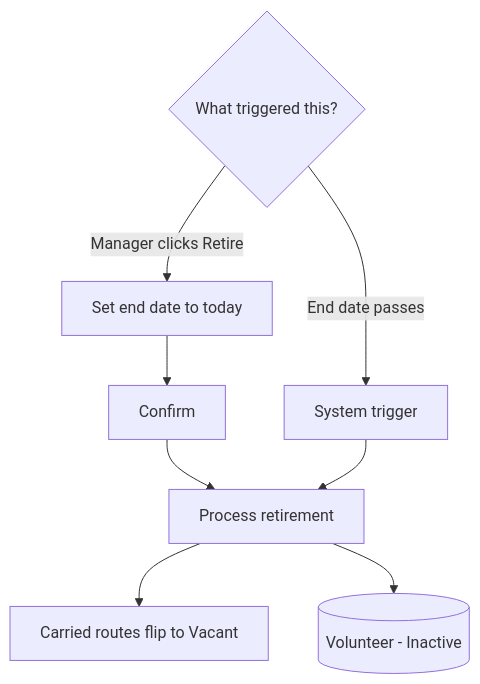
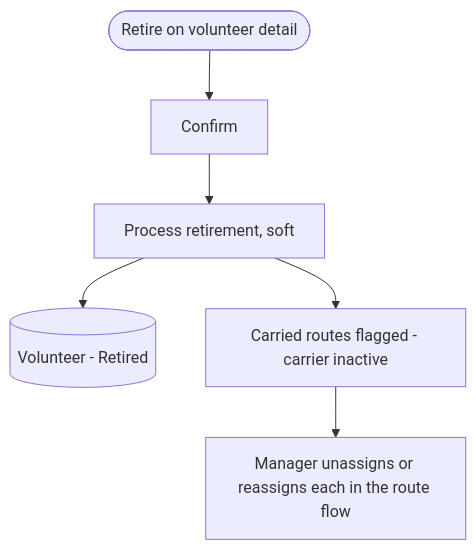
The sixth of 11 diagrams in docs/people_management_flow_v1.md (uwblueprint/beach-metro), drawn with Mermaid before and after one commit. The commit also changed other lines of this file, not shown here.

First line of the commit message:
Redefine territory as volunteers and commercial drops, captain-direct assignment, and manual-only retirement (BM-24)

````diff
--- a/docs/people_management_flow_v1.md
+++ b/docs/people_management_flow_v1.md
@@ -142,11 +144,8 @@
 ```mermaid
 flowchart TD
-    Trigger{What triggered this?}
-    Trigger -->|Manager clicks Retire| Manual[Set end date to today]
-    Trigger -->|End date passes| Auto[System trigger]
-    Manual --> Confirm[Confirm]
-    Confirm --> Process[Process retirement]
-    Auto --> Process
-    Process --> Vacate[Carried routes flip to Vacant]
-    Process --> Inactive[(Volunteer - Inactive)]
+    Start([Retire on volunteer detail]) --> Confirm[Confirm]
+    Confirm --> Process[Process retirement, soft]
+    Process --> Retired[(Volunteer - Retired)]
+    Process --> FlagRoutes[Carried routes flagged - carrier inactive]
+    FlagRoutes --> Handle[Manager unassigns or reassigns each in the route flow]
 ```
````
